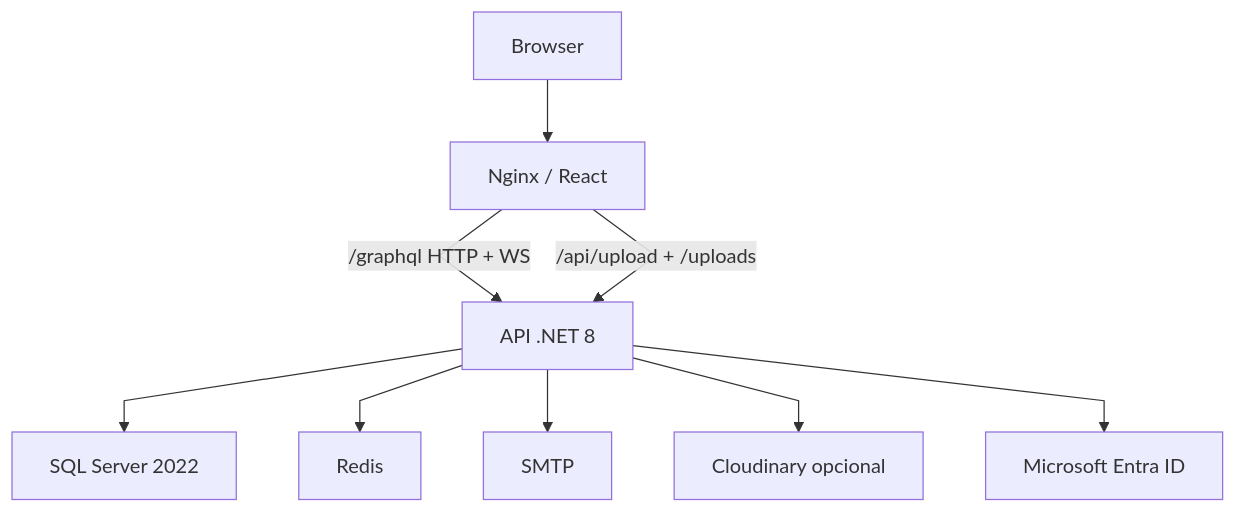
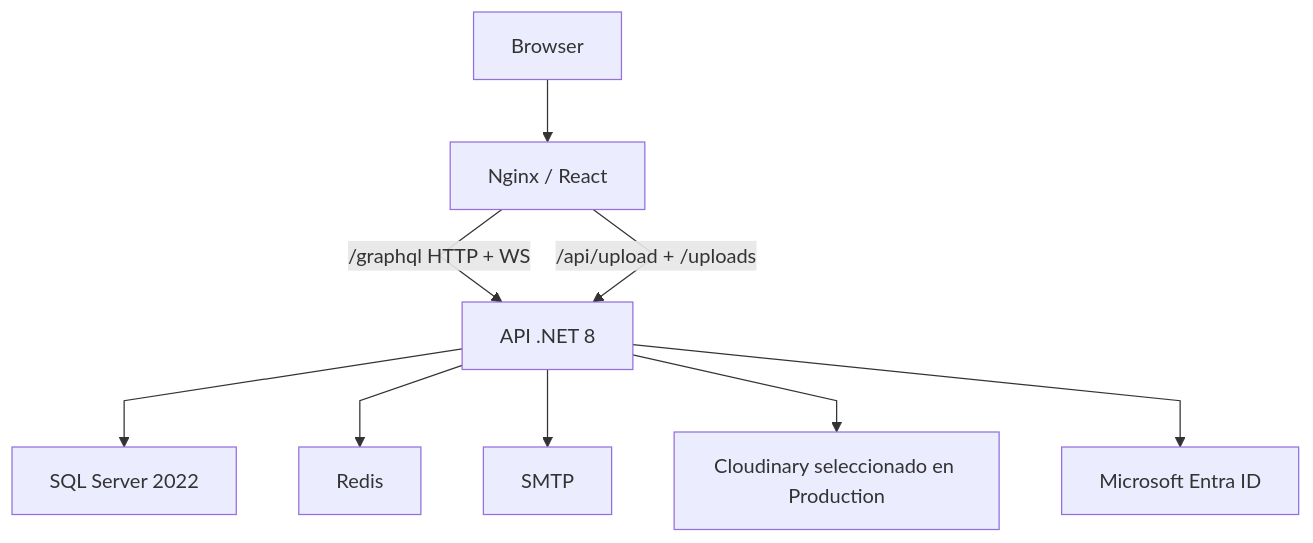
Before and after one commit to fagdiaz/OneITB: the seventh of 7 diagrams in docs/project_docs/architecture-and-design.md, drawn with Mermaid. The commit also changed other lines of this file and 87 other files, not shown here.

````diff
--- a/docs/project_docs/architecture-and-design.md
+++ b/docs/project_docs/architecture-and-design.md
@@ -613,12 +647,12 @@
 ```mermaid
 %%{init: {"flowchart": {"curve": "linear"}}}%%
 flowchart TB
     Browser["Browser"] --> Nginx["Nginx / React"]
     Nginx -->|"/graphql HTTP + WS"| API["API .NET 8"]
     Nginx -->|"/api/upload + /uploads"| API
     API --> SQL["SQL Server 2022"]
     API --> Redis["Redis"]
     API --> SMTP["SMTP"]
-    API --> Cloud["Cloudinary opcional"]
+    API --> Cloud["Cloudinary seleccionado en Production"]
     API --> Entra["Microsoft Entra ID"]
 ```
````
